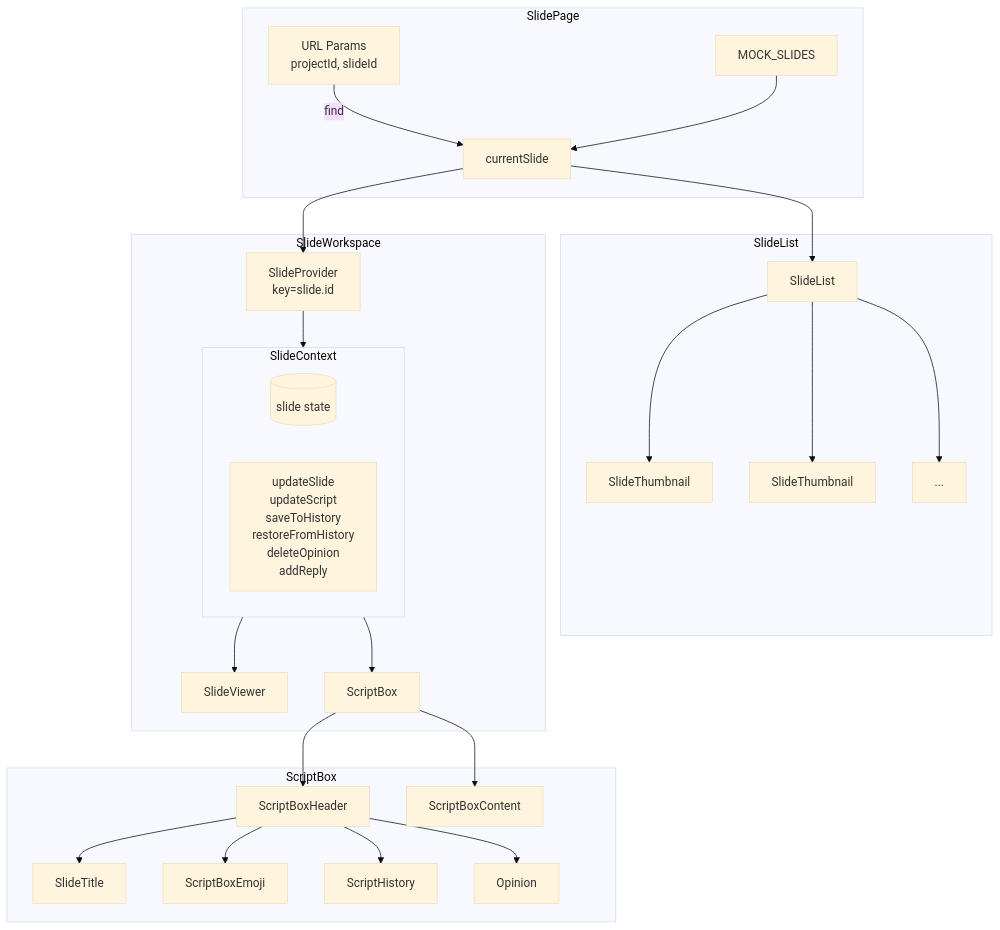
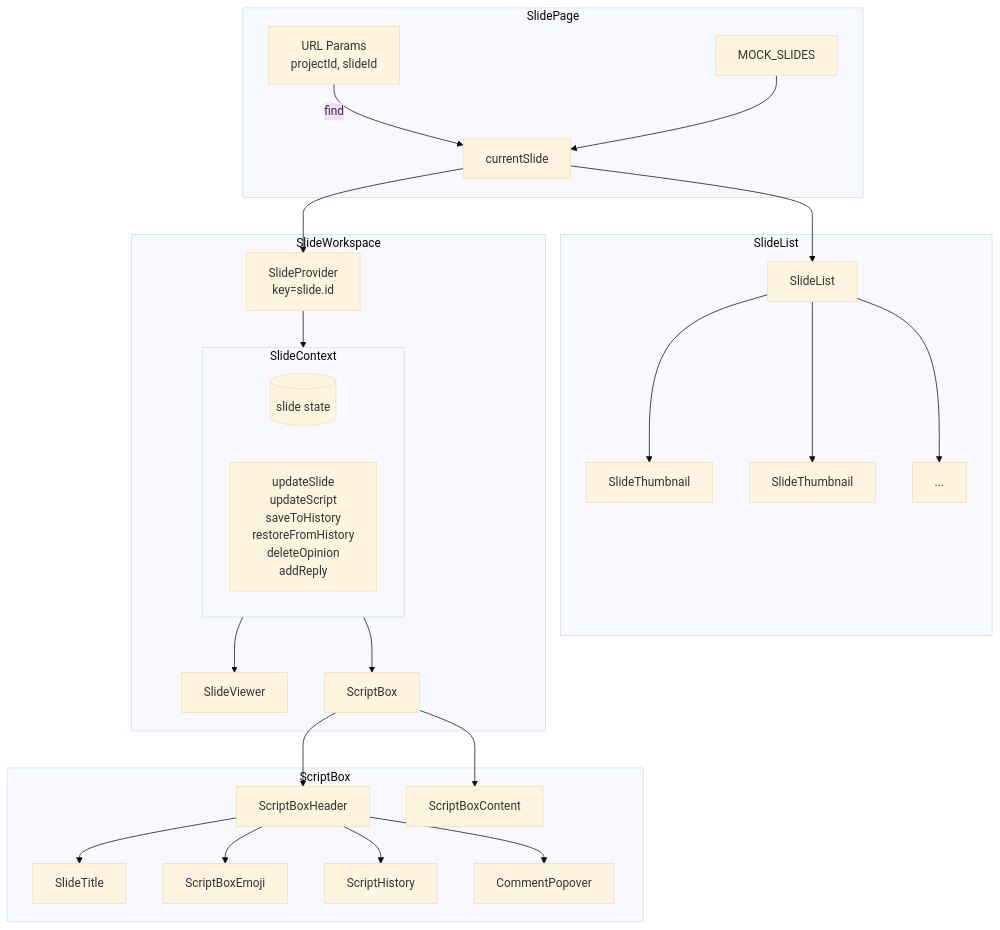
Before and after one commit to TTORANG/Web: the first of 7 diagrams in docs/slide-data-flow-legacy.md, drawn with Mermaid (base theme). The commit also changed other lines of this file and 8 other files, not shown here.

````diff
--- a/docs/slide-data-flow-legacy.md
+++ b/docs/slide-data-flow-legacy.md
@@ -5,51 +5,51 @@
 ```mermaid
 graph TD
     subgraph SlidePage
         URL[URL Params<br/>projectId, slideId]
         MOCK[MOCK_SLIDES]
         URL --> |find| CURRENT[currentSlide]
         MOCK --> CURRENT
     end
 
     subgraph SlideList
         SL[SlideList]
         ST1[SlideThumbnail]
         ST2[SlideThumbnail]
         ST3[...]
         SL --> ST1
         SL --> ST2
         SL --> ST3
     end
 
     subgraph SlideWorkspace
         SP[SlideProvider<br/>key=slide.id]
 
         subgraph Context[SlideContext]
             STATE[(slide state)]
             ACTIONS[updateSlide<br/>updateScript<br/>saveToHistory<br/>restoreFromHistory<br/>deleteOpinion<br/>addReply]
         end
 
         SV[SlideViewer]
         SB[ScriptBox]
 
         SP --> Context
         Context --> SV
         Context --> SB
     end
 
     CURRENT --> SL
     CURRENT --> SP
 
     subgraph ScriptBox
         SBH[ScriptBoxHeader]
         SBC[ScriptBoxContent]
 
         SBH --> STT[SlideTitle]
         SBH --> SBE[ScriptBoxEmoji]
         SBH --> SH[ScriptHistory]
-        SBH --> OP[Opinion]
+        SBH --> OP[CommentPopover]
     end
 
     SB --> SBH
     SB --> SBC
 ```
````
